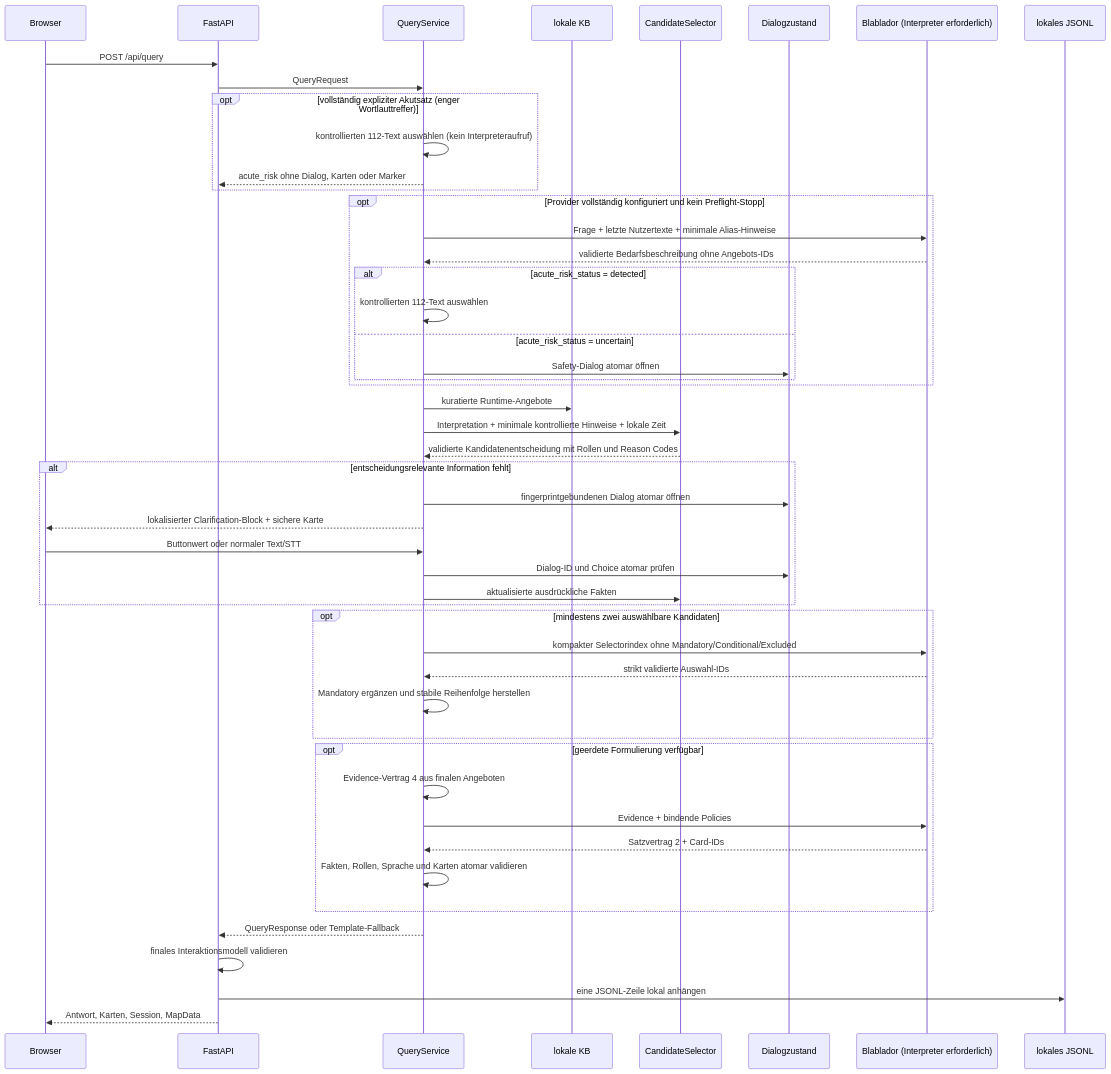
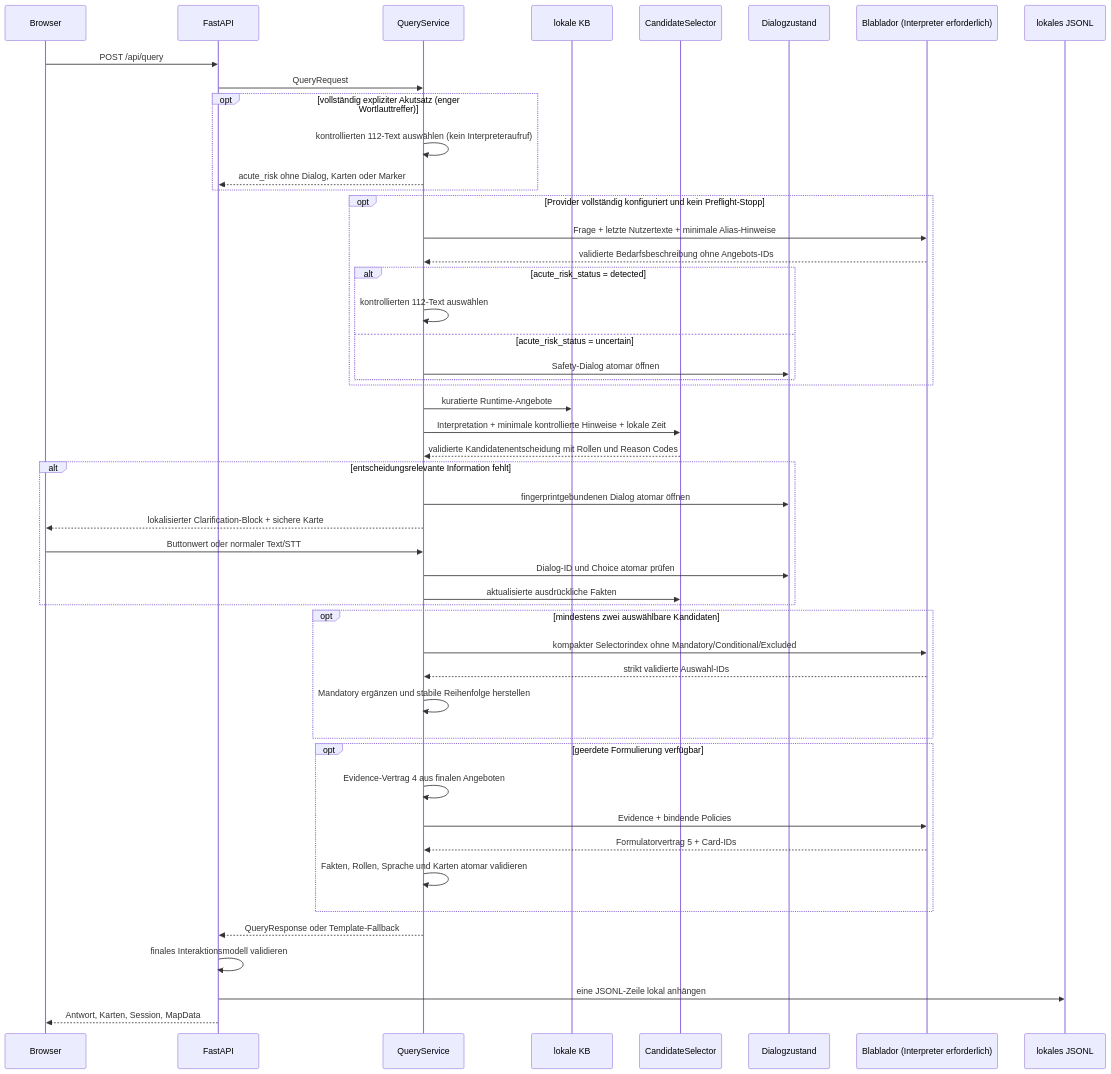
One commit to HannahHoffner/lena-grounded-voice-assistant changed the diagram in docs/data-flow.md. Above: the diagram before and after it, drawn with Mermaid. The commit also changed other lines of this file and 46 other files, not shown here.

````diff
--- a/docs/data-flow.md
+++ b/docs/data-flow.md
@@ -5,51 +5,51 @@
 ```mermaid
 sequenceDiagram
     participant B as Browser
     participant A as FastAPI
     participant S as QueryService
     participant K as lokale KB
     participant C as CandidateSelector
     participant D as Dialogzustand
     participant L as Blablador (Interpreter erforderlich)
     participant J as lokales JSONL
     B->>A: POST /api/query
     A->>S: QueryRequest
     opt vollständig expliziter Akutsatz (enger Wortlauttreffer)
         S->>S: kontrollierten 112-Text auswählen (kein Interpreteraufruf)
         S-->>A: acute_risk ohne Dialog, Karten oder Marker
     end
     opt Provider vollständig konfiguriert und kein Preflight-Stopp
         S->>L: Frage + letzte Nutzertexte + minimale Alias-Hinweise
         L-->>S: validierte Bedarfsbeschreibung ohne Angebots-IDs
         alt acute_risk_status = detected
             S->>S: kontrollierten 112-Text auswählen
         else acute_risk_status = uncertain
             S->>D: Safety-Dialog atomar öffnen
         end
     end
     S->>K: kuratierte Runtime-Angebote
     S->>C: Interpretation + minimale kontrollierte Hinweise + lokale Zeit
     C-->>S: validierte Kandidatenentscheidung mit Rollen und Reason Codes
     alt entscheidungsrelevante Information fehlt
         S->>D: fingerprintgebundenen Dialog atomar öffnen
         S-->>B: lokalisierter Clarification-Block + sichere Karte
         B->>S: Buttonwert oder normaler Text/STT
         S->>D: Dialog-ID und Choice atomar prüfen
         S->>C: aktualisierte ausdrückliche Fakten
     end
     opt mindestens zwei auswählbare Kandidaten
         S->>L: kompakter Selectorindex ohne Mandatory/Conditional/Excluded
         L-->>S: strikt validierte Auswahl-IDs
         S->>S: Mandatory ergänzen und stabile Reihenfolge herstellen
     end
     opt geerdete Formulierung verfügbar
         S->>S: Evidence-Vertrag 4 aus finalen Angeboten
         S->>L: Evidence + bindende Policies
-        L-->>S: Satzvertrag 2 + Card-IDs
+        L-->>S: Formulatorvertrag 5 + Card-IDs
         S->>S: Fakten, Rollen, Sprache und Karten atomar validieren
     end
     S-->>A: QueryResponse oder Template-Fallback
     A->>A: finales Interaktionsmodell validieren
     A->>J: eine JSONL-Zeile lokal anhängen
     A-->>B: Antwort, Karten, Session, MapData
 ```
````
